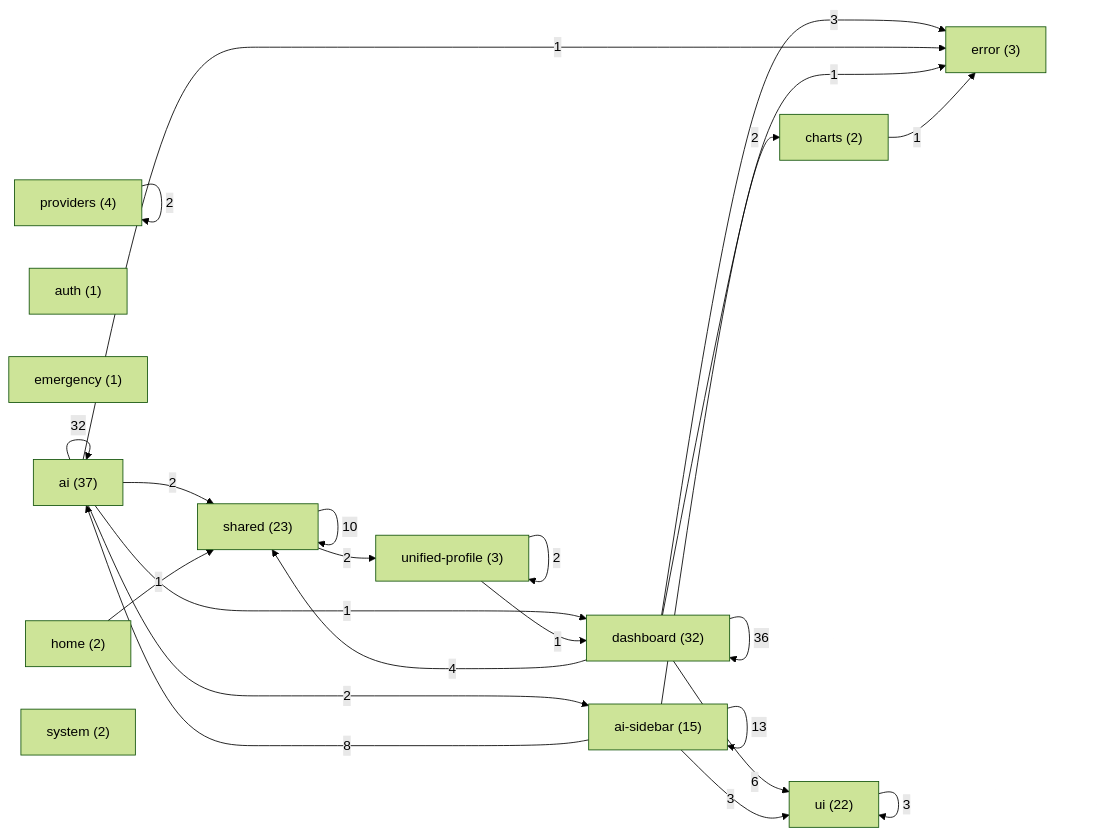
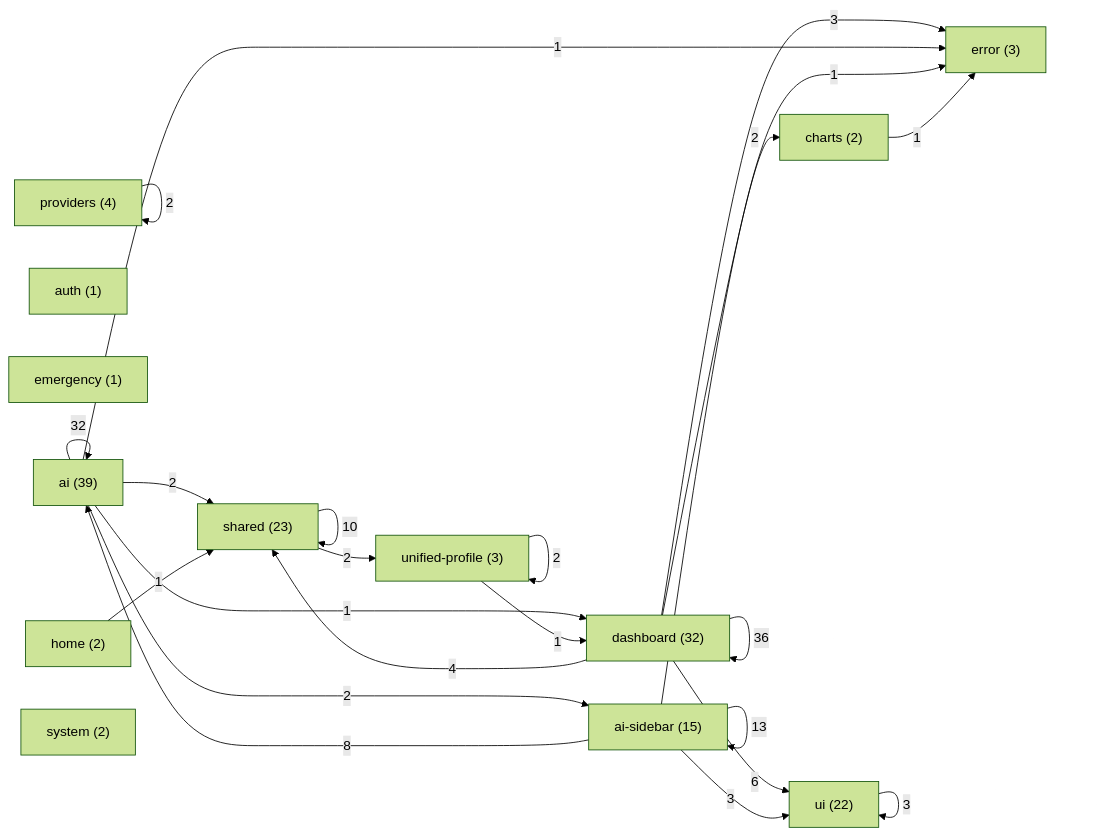
One commit to skyasu2/openmanager-ai changed the diagram in docs/reference/architecture/system/component-dependency-map.md. Above: the diagram before and after it, drawn with Mermaid (forest theme). The commit also changed other lines of this file and 1 other file, not shown here.

````diff
--- a/docs/reference/architecture/system/component-dependency-map.md
+++ b/docs/reference/architecture/system/component-dependency-map.md
@@ -66,38 +66,38 @@
 ```mermaid
 flowchart LR
-  d0["ai (37)"]
+  d0["ai (39)"]
   d1["ai-sidebar (15)"]
   d2["auth (1)"]
   d3["charts (2)"]
   d4["dashboard (32)"]
   d5["emergency (1)"]
   d6["error (3)"]
   d7["home (2)"]
   d8["providers (4)"]
   d9["shared (23)"]
   d10["system (2)"]
   d11["ui (22)"]
   d12["unified-profile (3)"]
   d4 -->|36| d4
   d0 -->|32| d0
   d1 -->|13| d1
   d9 -->|10| d9
   d1 -->|8| d0
   d4 -->|6| d11
   d4 -->|4| d9
   d1 -->|3| d11
   d4 -->|3| d6
   d11 -->|3| d11
   d0 -->|2| d1
   d0 -->|2| d9
   d4 -->|2| d3
   d8 -->|2| d8
   d9 -->|2| d12
   d12 -->|2| d12
   d0 -->|1| d4
   d0 -->|1| d6
   d1 -->|1| d6
   d3 -->|1| d6
   d7 -->|1| d9
   d12 -->|1| d4
 ```
````
